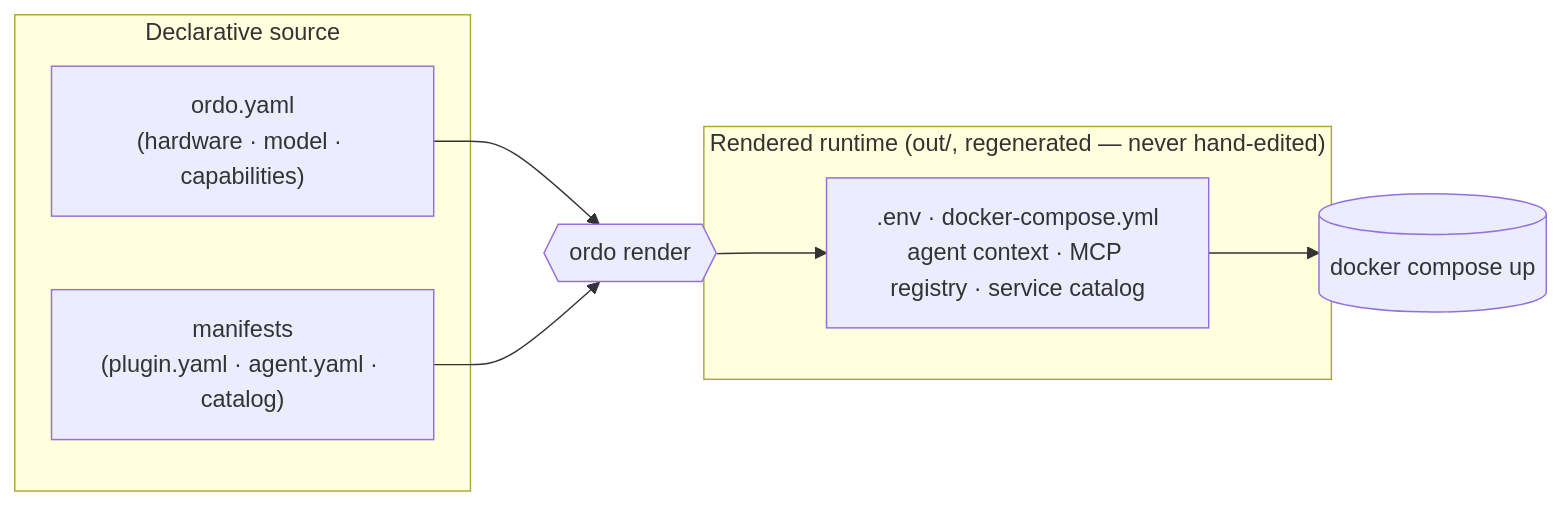
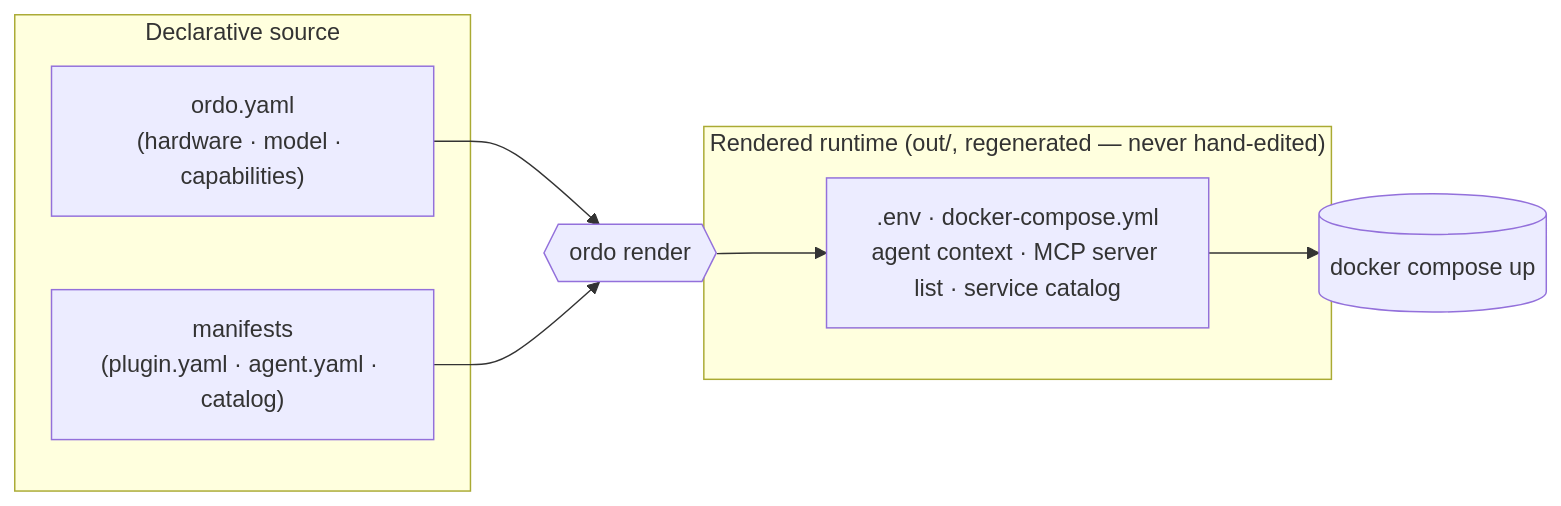
Before and after one commit to AlienWalker1995/Ordo-AI-Stack: the first of 2 diagrams in README.md, drawn with Mermaid. The commit also changed other lines of this file and 37 other files, not shown here.

Commit message:
docs: LiteLLM MCP gateway, Postgres-backed keys, mcp-<id> services; retire Docker mcp-gateway references

````diff
--- a/README.md
+++ b/README.md
@@ -70,16 +70,16 @@
 ```mermaid
 flowchart LR
     subgraph source["Declarative source"]
         Y["ordo.yaml<br/>(hardware · model · capabilities)"]
         M["manifests<br/>(plugin.yaml · agent.yaml · catalog)"]
     end
     R{{"ordo render"}}
     subgraph out["Rendered runtime (out/, regenerated — never hand-edited)"]
-        C[".env · docker-compose.yml<br/>agent context · MCP registry · service catalog"]
+        C[".env · docker-compose.yml<br/>agent context · MCP server list · service catalog"]
     end
     D[("docker compose up")]
     Y --> R
     M --> R
     R --> C
     C --> D
 ```
````
